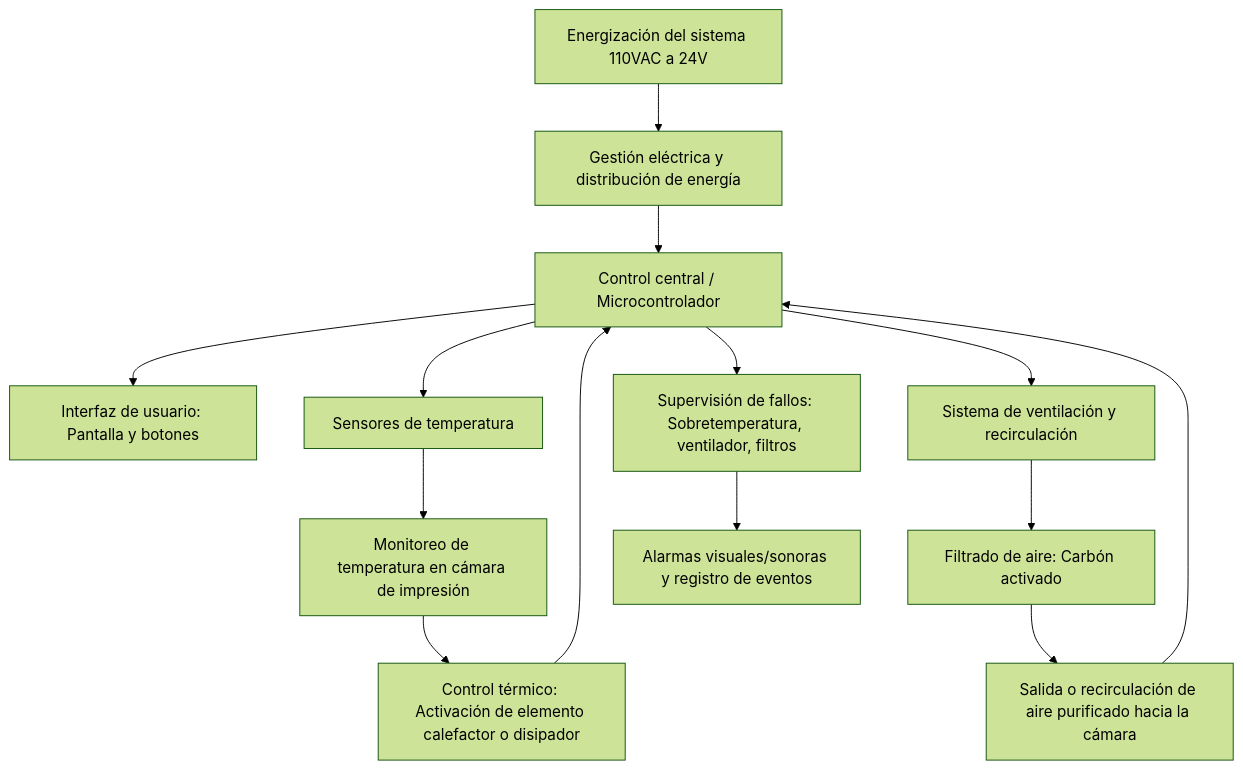
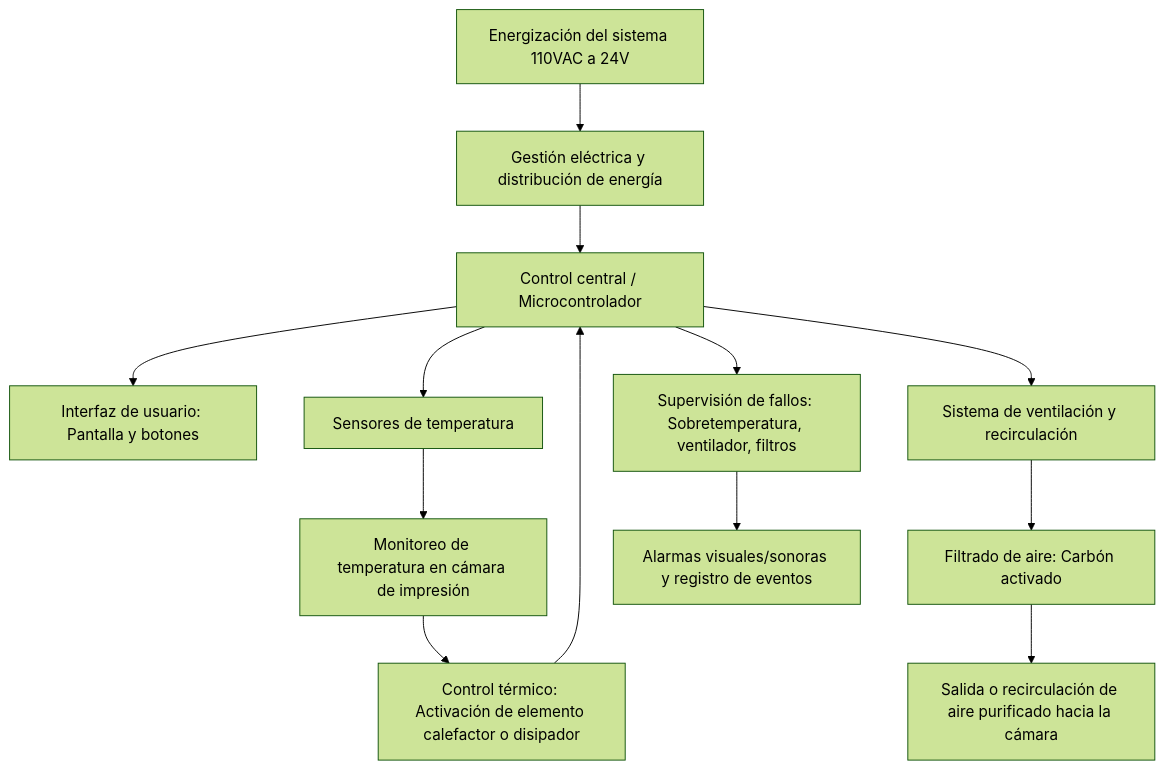
One commit to isamendo17/Proyecto_final_robotica changed the second of 2 diagrams in README.md. Above: the diagram before and after it, drawn with Mermaid (forest theme).

````diff
--- a/README.md
+++ b/README.md
@@ -51,24 +51,23 @@
 ```mermaid
 flowchart TD
     A[Energización del sistema 110VAC a 24V] --> B[Gestión eléctrica y distribución de energía]
     B --> C[Control central / Microcontrolador]
     
     %% Sensores e interfaz
     C --> D[Interfaz de usuario: Pantalla y botones]
     C --> E[Sensores de temperatura]
     
     %% Control térmico
     E --> F[Monitoreo de temperatura en cámara de impresión]
     F --> G[Control térmico: Activación de elemento calefactor o disipador]
     G --> C
     
     %% Purificación de aire
     C --> H[Sistema de ventilación y recirculación]
     H --> I[Filtrado de aire: Carbón activado]
     I --> J[Salida o recirculación de aire purificado hacia la cámara]
-    J --> C
     
     %% Seguridad y alarmas
     C --> K[Supervisión de fallos: Sobretemperatura, ventilador, filtros]
     K --> L[Alarmas visuales/sonoras y registro de eventos]
 ```
````
